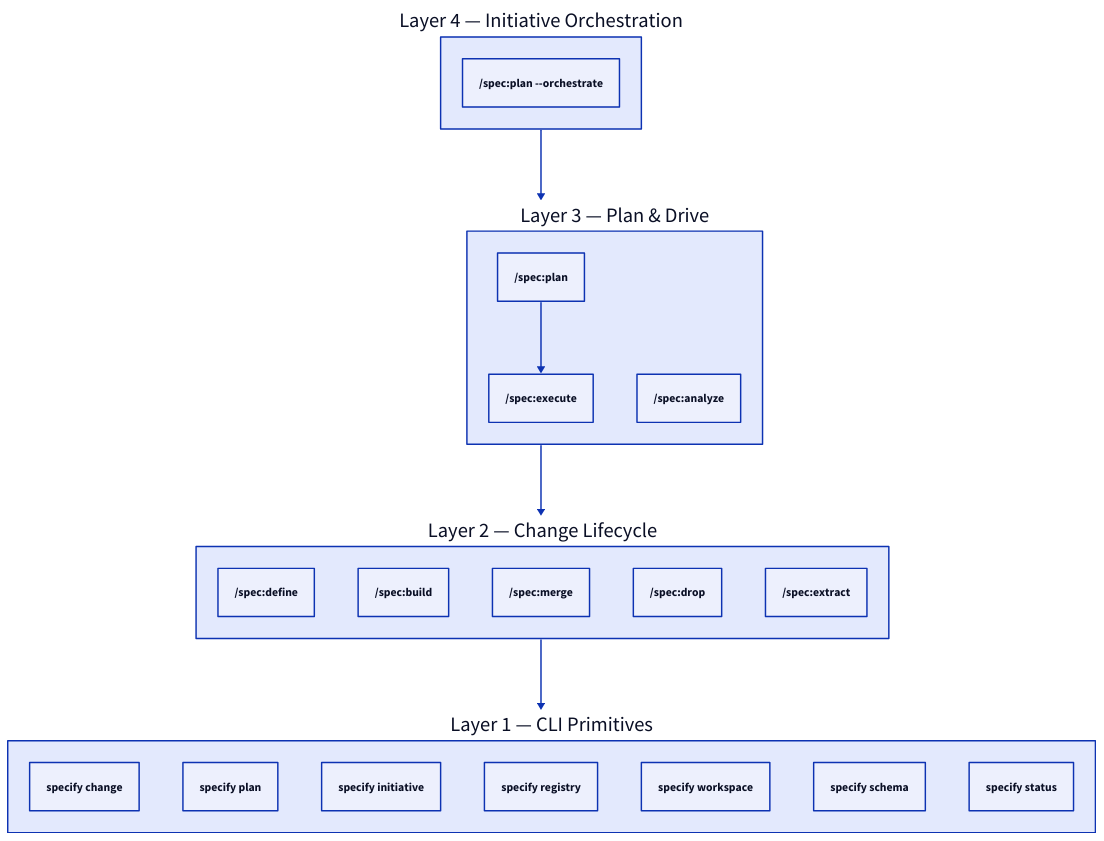
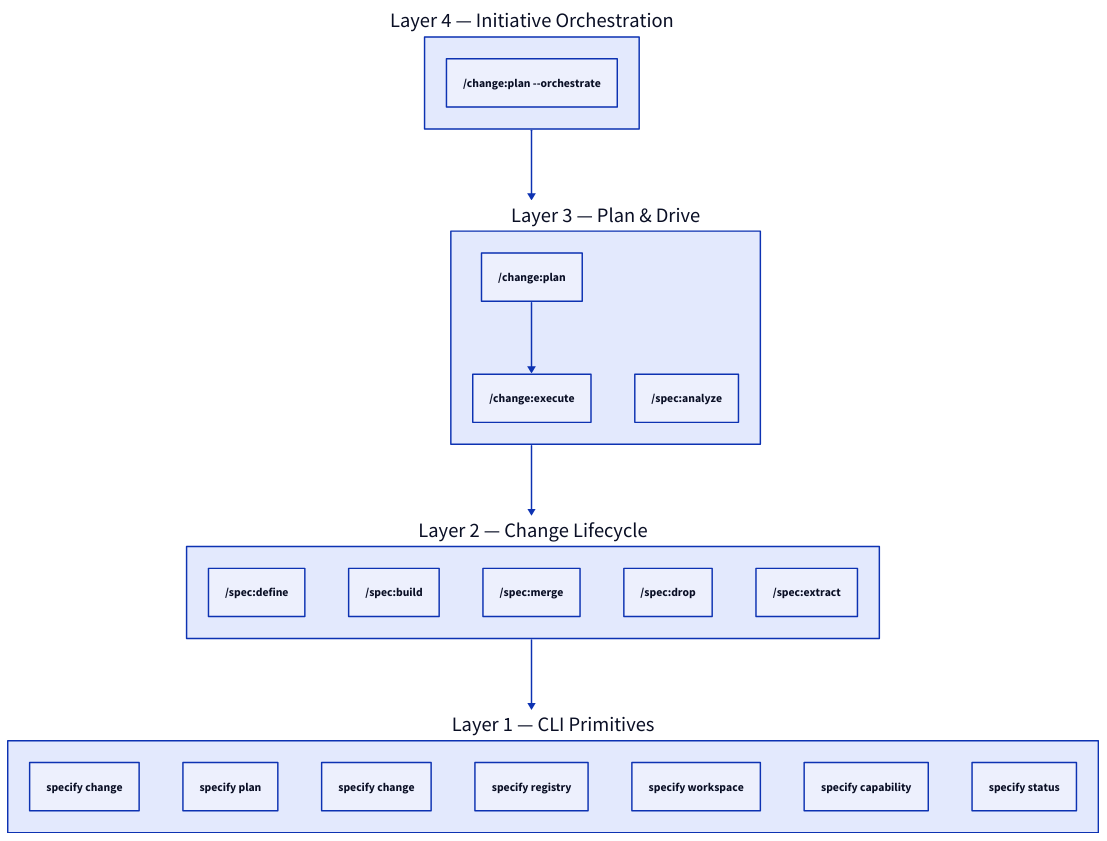
One commit to augentic/anvil changed the diagram in docs/explanation/three-layer-stack.md. Above: the diagram before and after it, drawn with D2. The commit also changed other lines of this file and 609 other files, not shown here.

````diff
--- a/docs/explanation/three-layer-stack.md
+++ b/docs/explanation/three-layer-stack.md
@@ -7,36 +7,36 @@
 ```d2
 direction: down
 
 Layer4: "Layer 4 — Initiative Orchestration" {
-  initiative: "/spec:plan --orchestrate"
+  initiative: "/change:plan --orchestrate"
 }
 
 Layer3: "Layer 3 — Plan & Drive" {
-  plan: "/spec:plan"
-  execute: "/spec:execute"
+  plan: "/change:plan"
+  execute: "/change:execute"
   analyze: "/spec:analyze"
   plan -> execute
 }
 
 Layer2: "Layer 2 — Change Lifecycle" {
   define: "/spec:define"
   build: "/spec:build"
   mergeSkill: "/spec:merge"
   drop: "/spec:drop"
   extract: "/spec:extract"
 }
 
 Layer1: "Layer 1 — CLI Primitives" {
   changeCli: "specify change"
   planCli: "specify plan"
-  initCli: "specify initiative"
+  initCli: "specify change"
   registryCli: "specify registry"
   workspaceCli: "specify workspace"
-  schemaCli: "specify schema"
+  capabilityCli: "specify capability"
   statusCli: "specify status"
 }
 
 Layer4 -> Layer3
 Layer3 -> Layer2
 Layer2 -> Layer1
 ```
````
